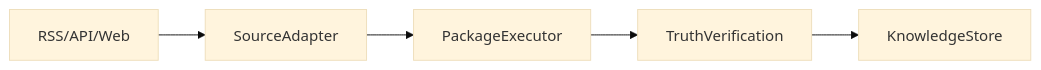
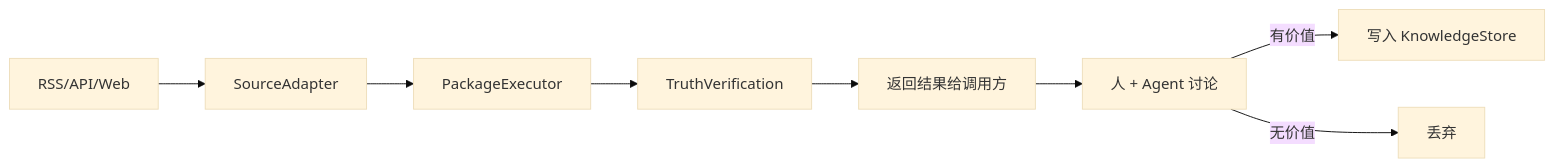
The diagram in docs/ingest/README.md (xinovate/linglong-knowledge), drawn with Mermaid (base theme) before and after one commit. The commit also changed other lines of this file and 20 other files, not shown here.

````diff
--- a/docs/ingest/README.md
+++ b/docs/ingest/README.md
@@ -13,7 +18,10 @@
 ```mermaid
 graph LR
     A[RSS/API/Web] --> B[SourceAdapter]
     B --> C[PackageExecutor]
     C --> D[TruthVerification]
-    D --> E[KnowledgeStore]
+    D --> E[返回结果给调用方]
+    E --> F[人 + Agent 讨论]
+    F -->|有价值| G[写入 KnowledgeStore]
+    F -->|无价值| H[丢弃]
 ```
````
